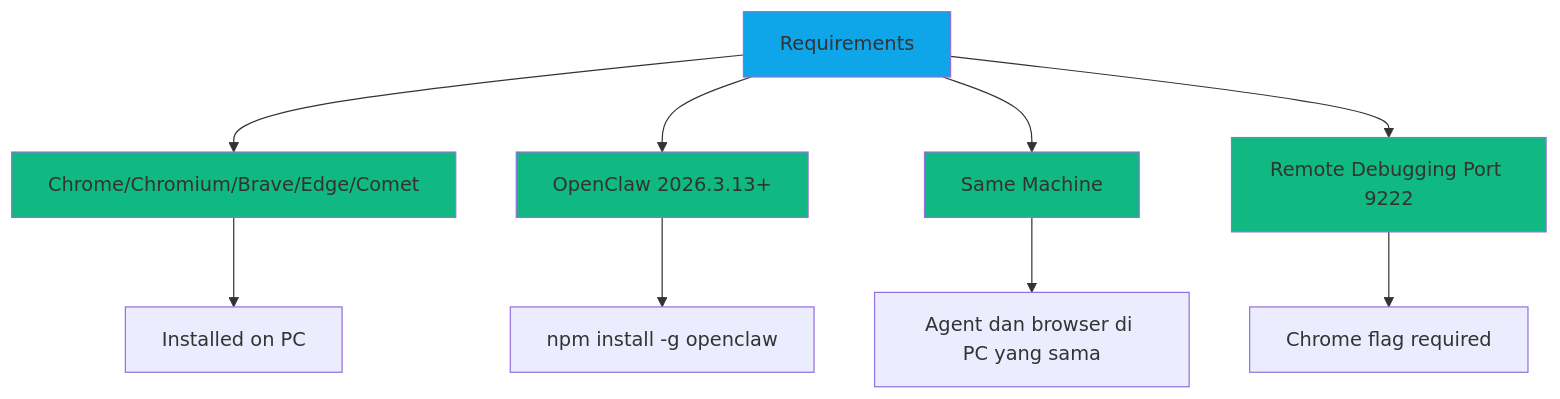
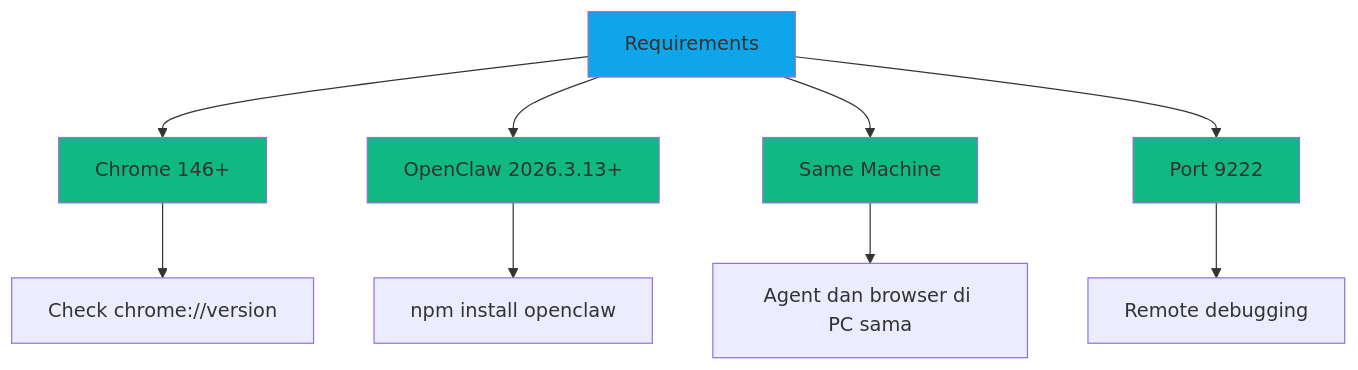
Before and after one commit to fanani-radian/openclaw-sumopod: the third of 8 diagrams in docs/use-cases/openclaw-313-live-chrome-attach.md, drawn with Mermaid. The commit also changed other lines of this file, not shown here.

First line of the commit message:
fix(live-chrome-attach): Fix Mermaid syntax + add Chrome 146+ requirement

````diff
--- a/docs/use-cases/openclaw-313-live-chrome-attach.md
+++ b/docs/use-cases/openclaw-313-live-chrome-attach.md
@@ -95,18 +95,18 @@
 ```mermaid
 flowchart TB
-    A[Requirements] --> B[Chrome/Chromium/Brave/Edge/Comet]
+    A[Requirements] --> B[Chrome 146+]
     A --> C[OpenClaw 2026.3.13+]
     A --> D[Same Machine]
-    A --> E[Remote Debugging Port 9222]
+    A --> E[Port 9222]
     
-    B --> F[Installed on PC]
-    C --> G[npm install -g openclaw]
-    D --> H[Agent dan browser di PC yang sama]
-    E --> I[Chrome flag required]
+    B --> F[Check chrome://version]
+    C --> G[npm install openclaw]
+    D --> H[Agent dan browser di PC sama]
+    E --> I[Remote debugging]
     
     style A fill:#0ea5e9
     style B fill:#10b981
     style C fill:#10b981
     style D fill:#10b981
     style E fill:#10b981
 ```
````
